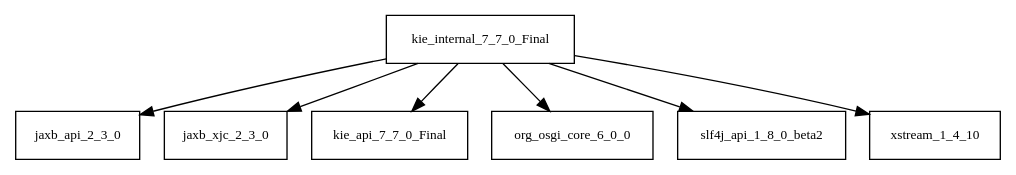
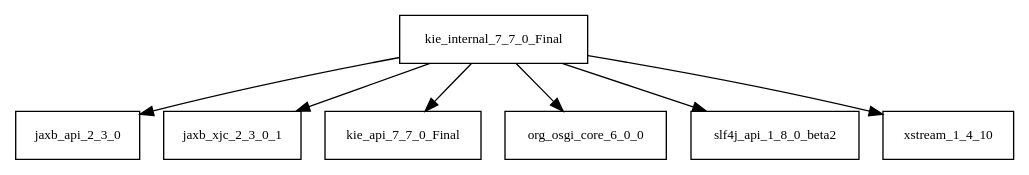
Before and after one commit to sjvs/cia: the diagram in tattleTaleReport/graphviz/kie-internal-7.7.0.Final.jar/kie-internal-7.7.0.Final.jar.dot, drawn with Graphviz. The commit also changed 1779 other files, not shown here.

```diff
--- a/tattleTaleReport/graphviz/kie-internal-7.7.0.Final.jar/kie-internal-7.7.0.Final.jar.dot
+++ b/tattleTaleReport/graphviz/kie-internal-7.7.0.Final.jar/kie-internal-7.7.0.Final.jar.dot
@@ -1,9 +1,9 @@
 digraph kie_internal_7_7_0_Final_dependencies {
   node [shape = box, fontsize=10.0];
   kie_internal_7_7_0_Final -> jaxb_api_2_3_0;
-  kie_internal_7_7_0_Final -> jaxb_xjc_2_3_0;
+  kie_internal_7_7_0_Final -> jaxb_xjc_2_3_0_1;
   kie_internal_7_7_0_Final -> kie_api_7_7_0_Final;
   kie_internal_7_7_0_Final -> org_osgi_core_6_0_0;
   kie_internal_7_7_0_Final -> slf4j_api_1_8_0_beta2;
   kie_internal_7_7_0_Final -> xstream_1_4_10;
 }
```
